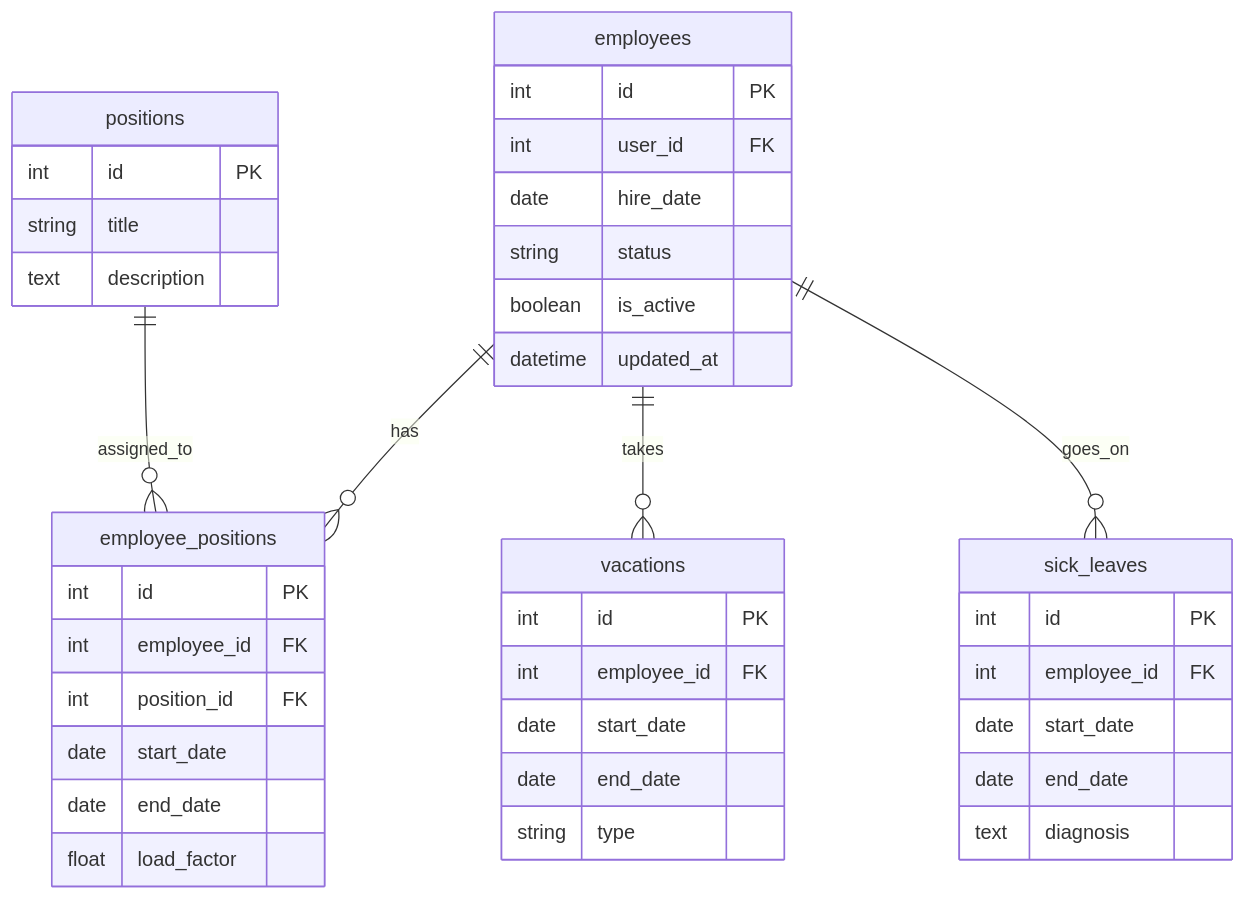
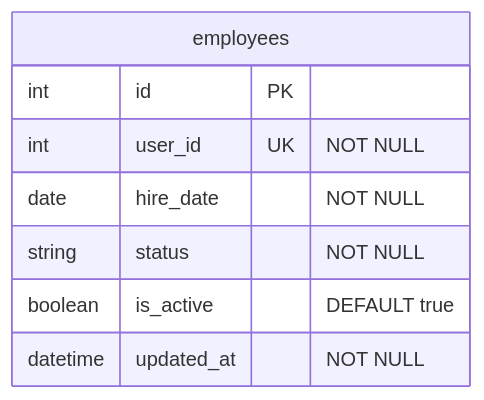
Before and after one commit to YuriSilenok/KPK_UP2_24-1P11: the diagram in S10/doc.md, drawn with Mermaid. The commit also changed other lines of this file, not shown here.

````diff
--- a/S10/doc.md
+++ b/S10/doc.md
@@ -114,43 +112,11 @@
 ```mermaid
 erDiagram
     employees {
         int id PK
-        int user_id FK
-        date hire_date
-        string status
-        boolean is_active
-        datetime updated_at
+        int user_id UK "NOT NULL"
+        date hire_date "NOT NULL"
+        string status "NOT NULL"
+        boolean is_active "DEFAULT true"
+        datetime updated_at "NOT NULL"
     }
-    positions {
-        int id PK
-        string title
-        text description
-    }
-    employee_positions {
-        int id PK
-        int employee_id FK
-        int position_id FK
-        date start_date
-        date end_date
-        float load_factor
-    }
-    vacations {
-        int id PK
-        int employee_id FK
-        date start_date
-        date end_date
-        string type
-    }
-    sick_leaves {
-        int id PK
-        int employee_id FK
-        date start_date
-        date end_date
-        text diagnosis
-    }
-
-    employees ||--o{ employee_positions : "has"
-    positions ||--o{ employee_positions : "assigned_to"
-    employees ||--o{ vacations : "takes"
-    employees ||--o{ sick_leaves : "goes_on"
 ```
````
